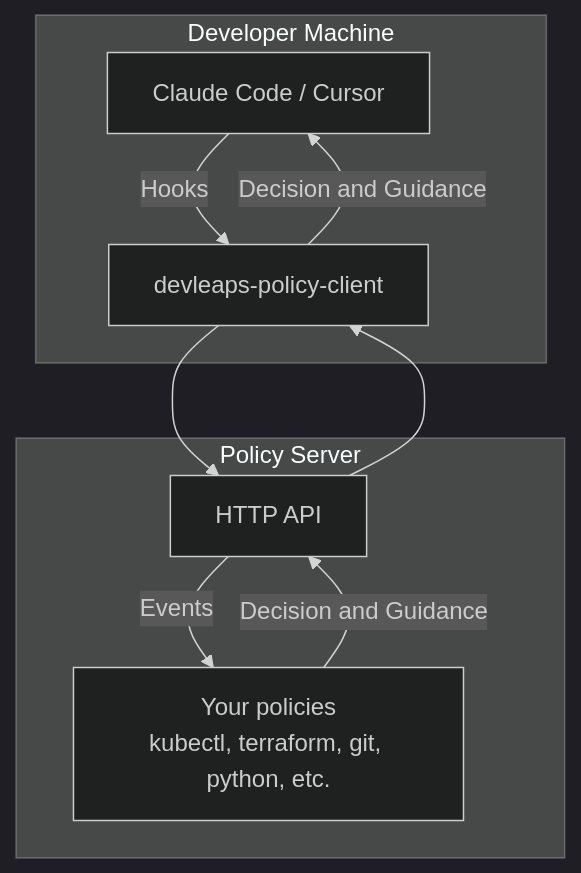
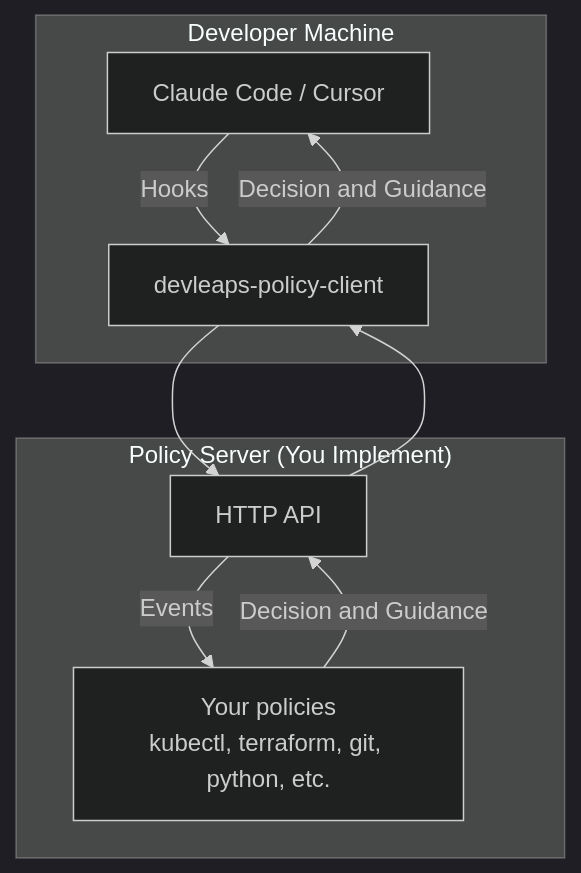
Before and after one commit to Devleaps/agent-policies: the diagram in README.md, drawn with Mermaid (dark theme). The commit also changed other lines of this file and 42 other files, not shown here.

````diff
--- a/README.md
+++ b/README.md
@@ -66,19 +56,19 @@
 ```mermaid
 graph TB
     subgraph "Developer Machine"
       Editor[Claude Code / Cursor]
         Client[devleaps-policy-client]
     end
 
-    subgraph "Policy Server"
+    subgraph "Policy Server (You Implement)"
         Server[HTTP API]
         Policies[Your policies<br/>kubectl, terraform, git, python, etc.]
     end
 
     Editor -->|Hooks| Client
     Client --> Server
     Server -->|Events| Policies
     Policies -->|Decision and Guidance| Server
     Server --> Client
     Client -->|Decision and Guidance| Editor
 ```
````
